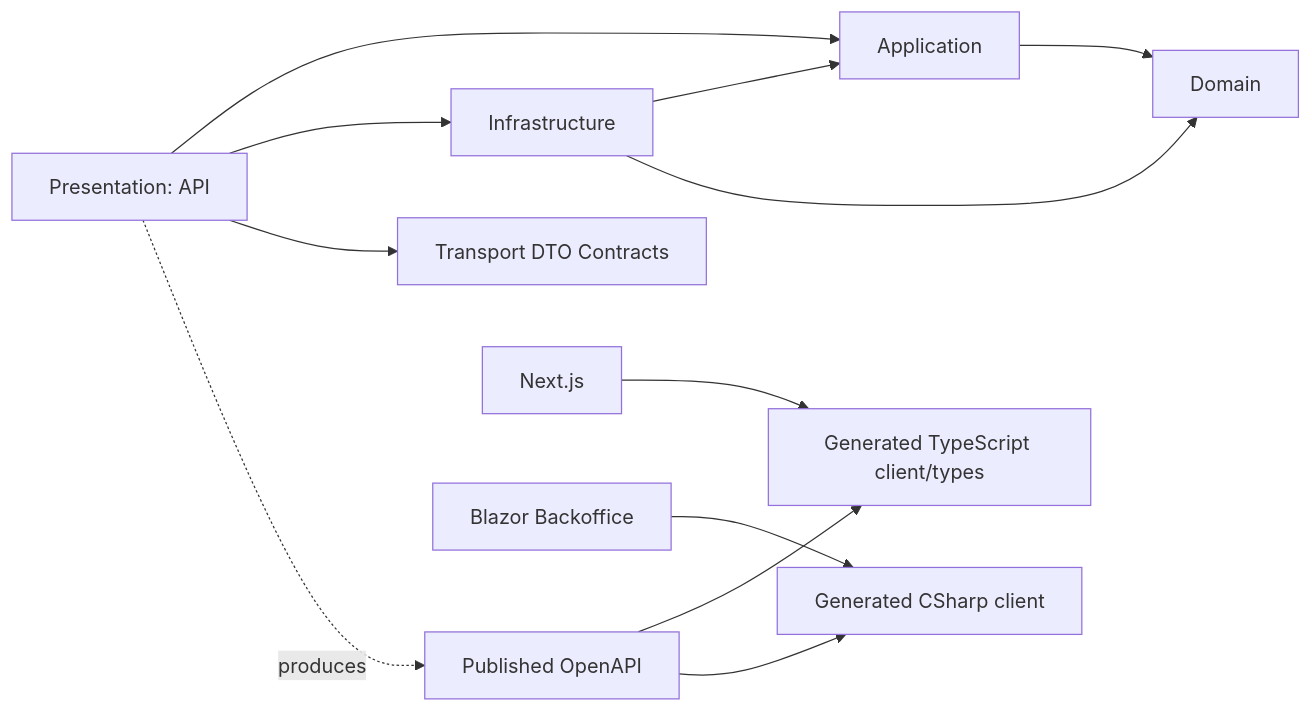
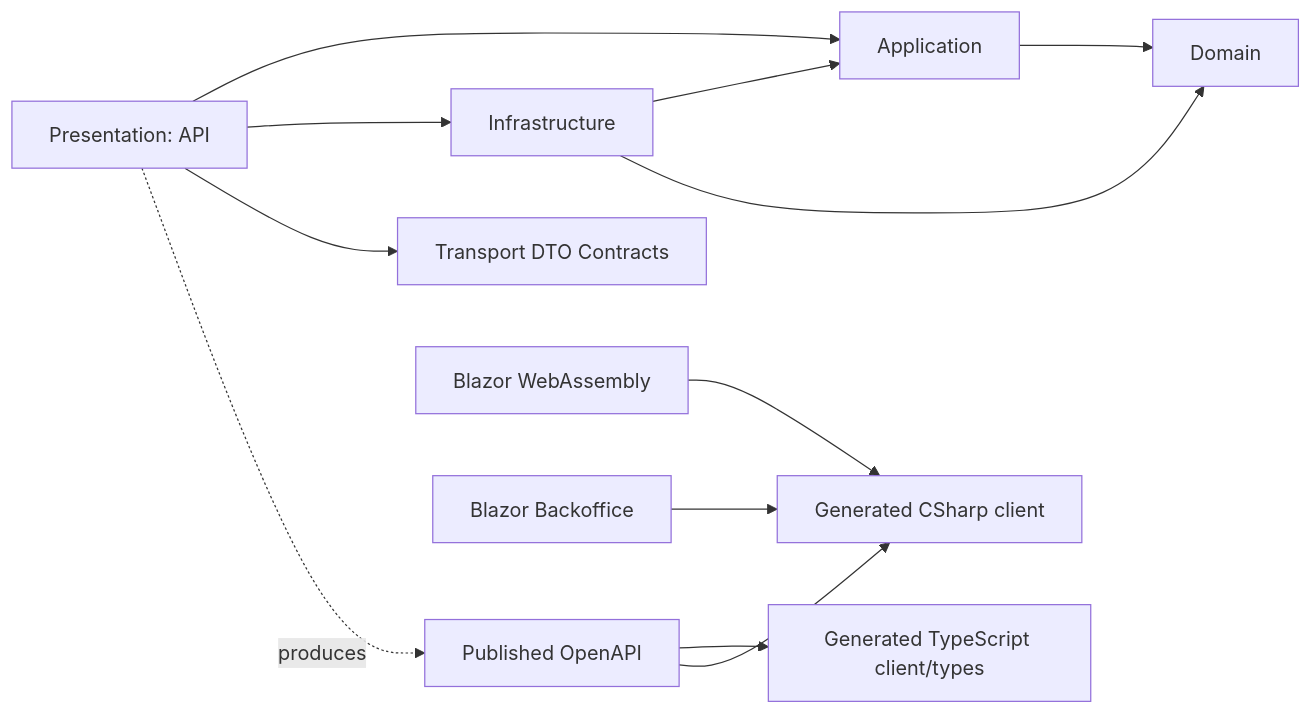
The third of 3 diagrams in docs/architecture.md (AmirHosseinJorsaraie/Auction), drawn with Mermaid before and after one commit. The commit also changed other lines of this file and 127 other files, not shown here.

````diff
--- a/docs/architecture.md
+++ b/docs/architecture.md
@@ -121,14 +121,14 @@
 ```mermaid
 flowchart LR
     Api[Presentation: API] --> Application
     Api --> Infrastructure
     Api --> Contracts[Transport DTO Contracts]
     Application --> Domain
     Infrastructure --> Application
     Infrastructure --> Domain
     OpenApi[Published OpenAPI] --> TsClient[Generated TypeScript client/types]
     OpenApi --> CsClient[Generated CSharp client]
     Api -.produces.-> OpenApi
-    Public[Next.js] --> TsClient
+    Public[Blazor WebAssembly] --> CsClient
     Backoffice[Blazor Backoffice] --> CsClient
 ```
````
